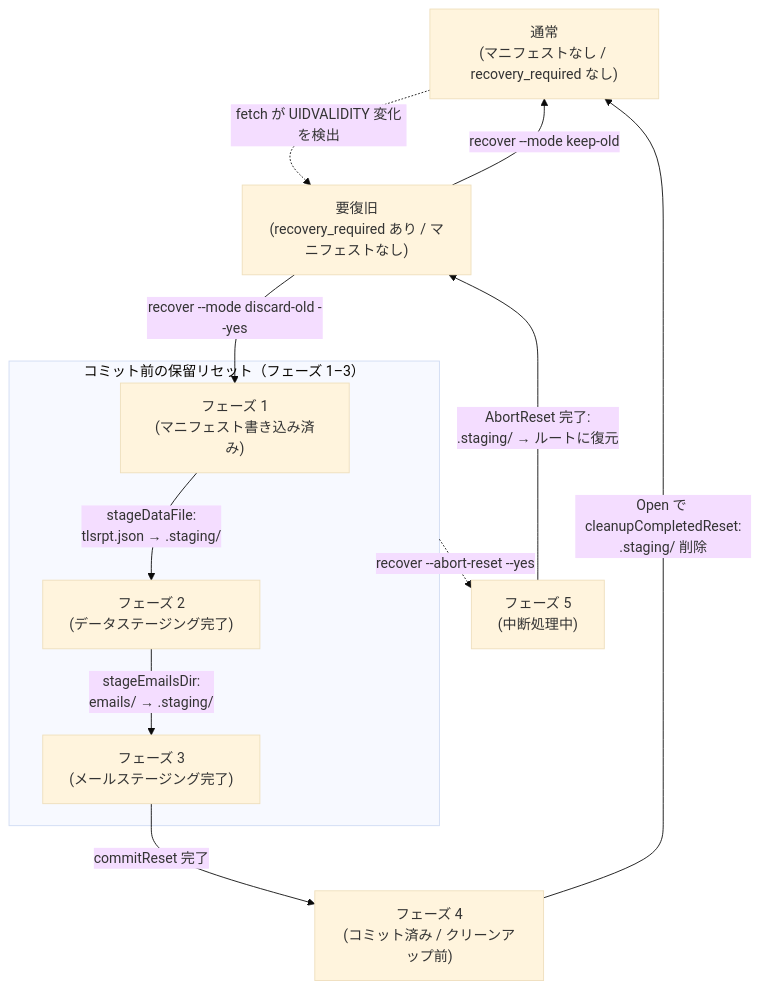
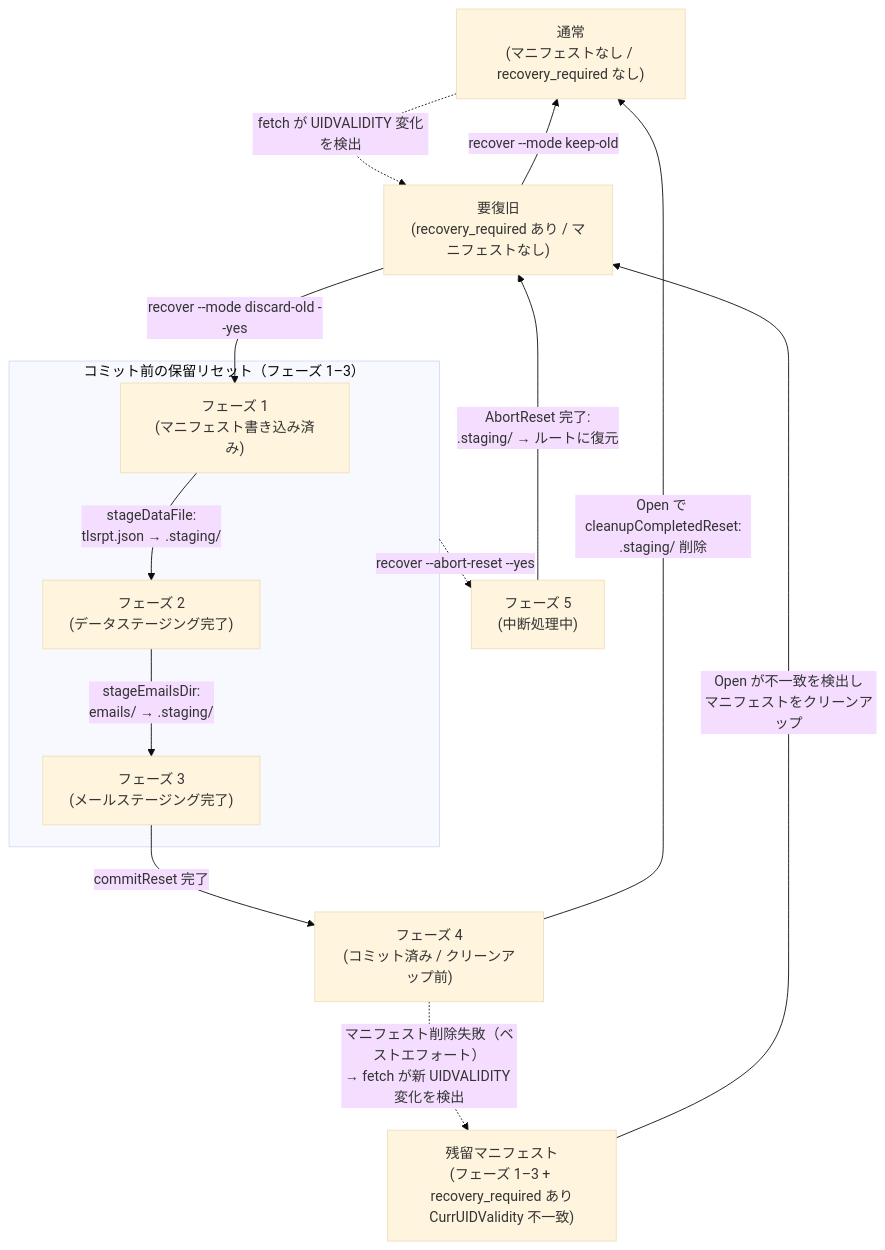
The diagram in docs/dev/adr/0003_reset_phase_design.ja.md (isseis/tlsrpt-digest), drawn with Mermaid (base theme) before and after one commit. The commit also changed other lines of this file, not shown here.

Commit message:
docs(adr): add 残留マニフェスト node to state transition diagram
Add a StaleM node representing the 'residual manifest' state (phases 1-3
manifest present + recovery_required with mismatched CurrUIDValidity).

Entry: dashed arrow from P4 labeled 'マニフェスト削除失敗 → 新 UIDVALIDITY 変化'
Exit: solid arrow to RR labeled 'Open が不一致を検出しマニフェストをクリーンアップ'

Also update the legend to include 'クリーンアップ失敗' as a dashed-arrow case.

````diff
--- a/docs/dev/adr/0003_reset_phase_design.ja.md
+++ b/docs/dev/adr/0003_reset_phase_design.ja.md
@@ -89,23 +89,26 @@
 ```mermaid
 flowchart TD
     Normal["通常<br>(マニフェストなし / recovery_required なし)"]
     RR["要復旧<br>(recovery_required あり / マニフェストなし)"]
     P4["フェーズ 4<br>(コミット済み / クリーンアップ前)"]
     P5["フェーズ 5<br>(中断処理中)"]
+    StaleM["残留マニフェスト<br>(フェーズ 1–3 + recovery_required あり<br>CurrUIDValidity 不一致)"]
 
     subgraph PendingReset["コミット前の保留リセット（フェーズ 1–3）"]
         P1["フェーズ 1<br>(マニフェスト書き込み済み)"]
         P2["フェーズ 2<br>(データステージング完了)"]
         P3["フェーズ 3<br>(メールステージング完了)"]
     end
 
     Normal -.->|"fetch が UIDVALIDITY 変化を検出"| RR
     RR -->|"recover --mode keep-old"| Normal
     RR -->|"recover --mode discard-old --yes"| P1
     P1 -->|"stageDataFile:<br>tlsrpt.json → .staging/"| P2
     P2 -->|"stageEmailsDir:<br>emails/ → .staging/"| P3
     P3 -->|"commitReset 完了"| P4
+    P4 -.->|"マニフェスト削除失敗（ベストエフォート）<br>→ fetch が新 UIDVALIDITY 変化を検出"| StaleM
     P4 -->|"Open で cleanupCompletedReset:<br>.staging/ 削除"| Normal
+    StaleM -->|"Open が不一致を検出し<br>マニフェストをクリーンアップ"| RR
     PendingReset -.->|"recover --abort-reset --yes"| P5
     P5 -->|"AbortReset 完了:<br>.staging/ → ルートに復元"| RR
 ```
````
